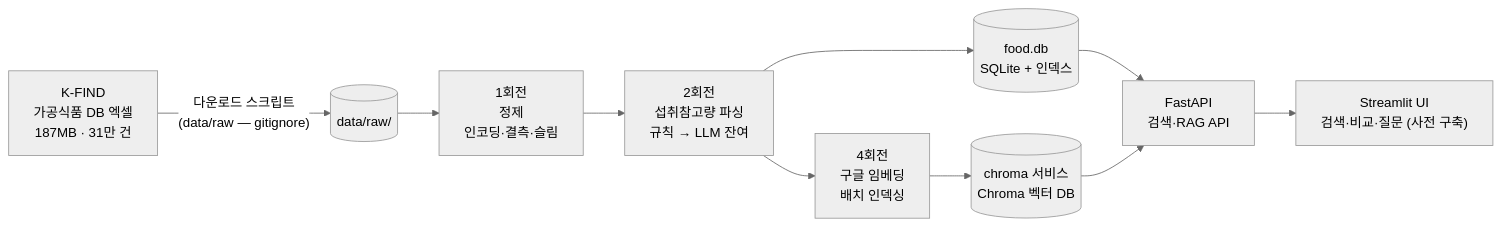
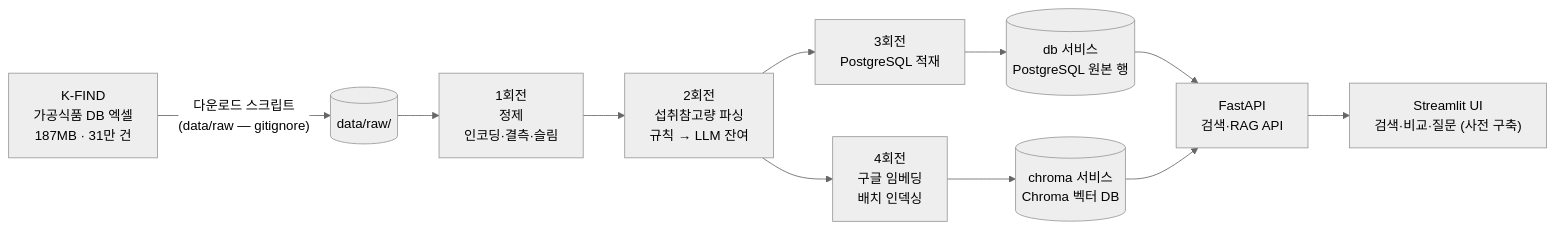
Before and after one commit to 2026-ai-service-engineering-a/ai_service_engineering-track_a: the first of 3 diagrams in site/src/content/courses/ko/session-04/index.mdx, drawn with Mermaid (neutral theme). The commit also changed other lines of this file, not shown here.

Commit message:
Replace SQLite with PostgreSQL service in session 4

````diff
--- a/site/src/content/courses/ko/session-04/index.mdx
+++ b/site/src/content/courses/ko/session-04/index.mdx
@@ -117,12 +117,13 @@
 ```mermaid
 flowchart LR
     SRC["K-FIND<br/>가공식품 DB 엑셀<br/>187MB · 31만 건"] -->|"다운로드 스크립트<br/>(data/raw — gitignore)"| RAW[("data/raw/")]
     RAW --> C1["1회전<br/>정제<br/>인코딩·결측·슬림"]
     C1 --> C2["2회전<br/>섭취참고량 파싱<br/>규칙 → LLM 잔여"]
-    C2 --> DB[("food.db<br/>SQLite + 인덱스")]
+    C2 --> LD["3회전<br/>PostgreSQL 적재"]
+    LD --> DB[("db 서비스<br/>PostgreSQL 원본 행")]
     C2 --> EM["4회전<br/>구글 임베딩<br/>배치 인덱싱"]
     EM --> VEC[("chroma 서비스<br/>Chroma 벡터 DB")]
     DB --> API["FastAPI<br/>검색·RAG API"]
     VEC --> API
     API --> UI["Streamlit UI<br/>검색·비교·질문 (사전 구축)"]
 ```
````
